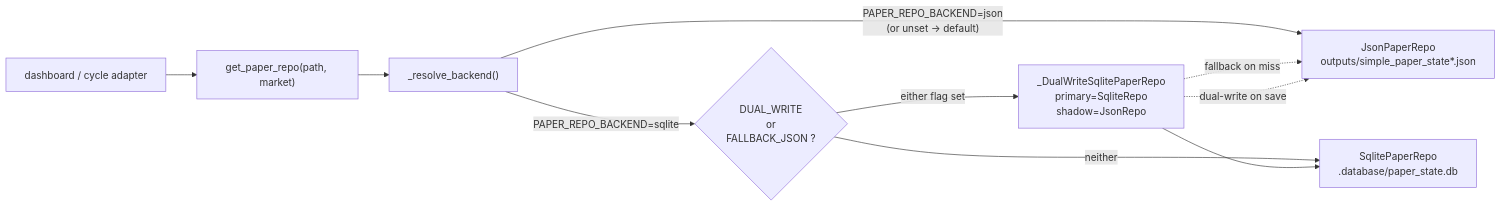
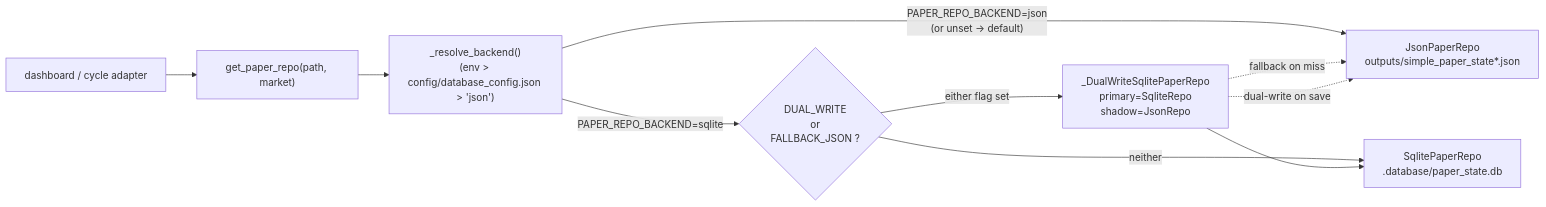
Before and after one commit to KatkarPankaj/Trading-strategy: the fifth of 9 diagrams in CODEBASE_DATAFLOW.md, drawn with Mermaid. The commit also changed other lines of this file and 2 other files, not shown here.

First line of the commit message:
docs: consolidate design and architecture content into CODEBASE_STRUCTURE and CODEBASE_DATAFLOW

````diff
--- a/CODEBASE_DATAFLOW.md
+++ b/CODEBASE_DATAFLOW.md
@@ -143,12 +198,12 @@
 ```mermaid
 flowchart LR
   Caller["dashboard / cycle adapter"] --> Factory["get_paper_repo(path, market)"]
-  Factory --> Resolve["_resolve_backend()"]
+  Factory --> Resolve["_resolve_backend()\n(env > config/database_config.json > 'json')"]
   Resolve -->|"PAPER_REPO_BACKEND=json\n(or unset → default)"| JsonRepo["JsonPaperRepo\noutputs/simple_paper_state*.json"]
   Resolve -->|"PAPER_REPO_BACKEND=sqlite"| SqliteCheck{"DUAL_WRITE\nor\nFALLBACK_JSON ?"}
   SqliteCheck -- "neither" --> SqliteRepo["SqlitePaperRepo\n.database/paper_state.db"]
   SqliteCheck -- "either flag set" --> Wrapper["_DualWriteSqlitePaperRepo\nprimary=SqliteRepo\nshadow=JsonRepo"]
   Wrapper --> SqliteRepo
   Wrapper -. "fallback on miss" .-> JsonRepo
   Wrapper -. "dual-write on save" .-> JsonRepo
 ```
````
